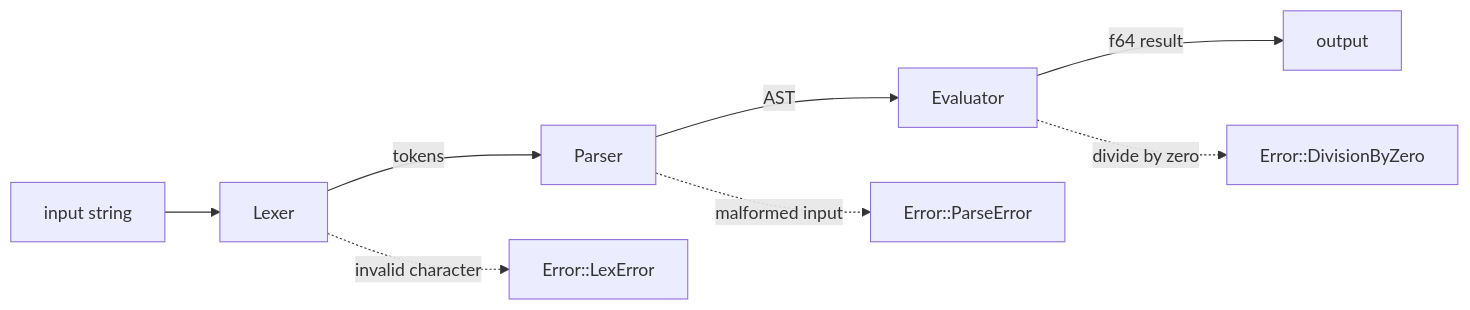
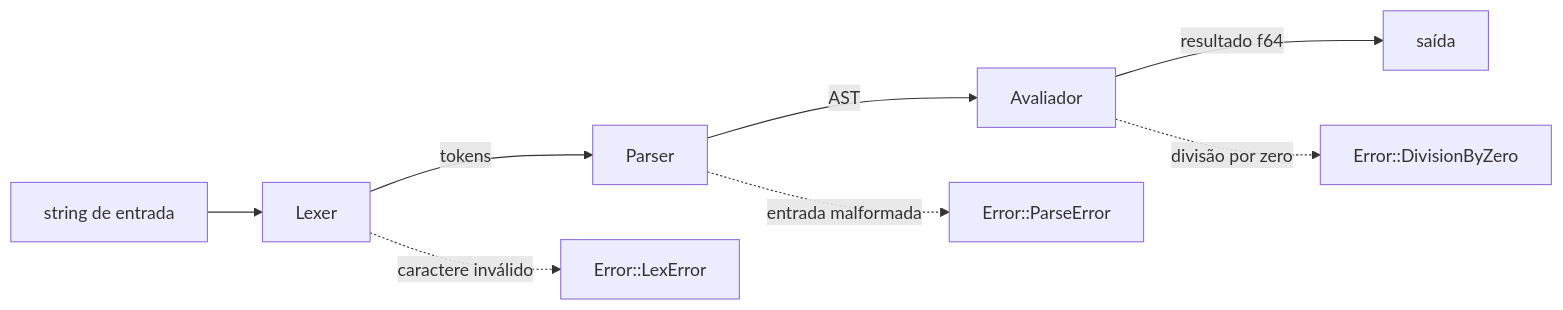
Before and after one commit to geoggrigori/exprcalc: the diagram in README.md, drawn with Mermaid. The commit also changed other lines of this file, not shown here.

````diff
--- a/README.md
+++ b/README.md
@@ -32,11 +53,11 @@
 ```mermaid
 flowchart LR
-    A["input string"] --> B["Lexer"]
+    A["string de entrada"] --> B["Lexer"]
     B -->|tokens| C["Parser"]
-    C -->|AST| D["Evaluator"]
-    D -->|f64 result| E["output"]
+    C -->|AST| D["Avaliador"]
+    D -->|resultado f64| E["saída"]
 
-    B -.->|invalid character| X["Error::LexError"]
-    C -.->|malformed input| Y["Error::ParseError"]
-    D -.->|divide by zero| Z["Error::DivisionByZero"]
+    B -.->|caractere inválido| X["Error::LexError"]
+    C -.->|entrada malformada| Y["Error::ParseError"]
+    D -.->|divisão por zero| Z["Error::DivisionByZero"]
 ```
````
